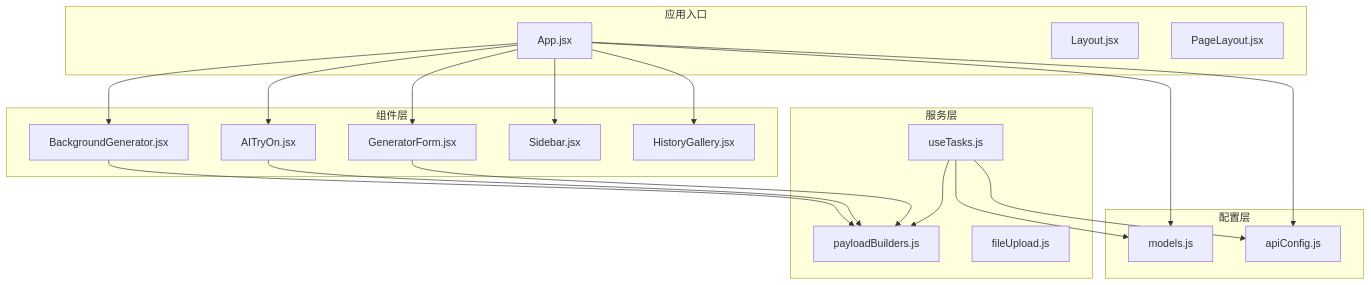
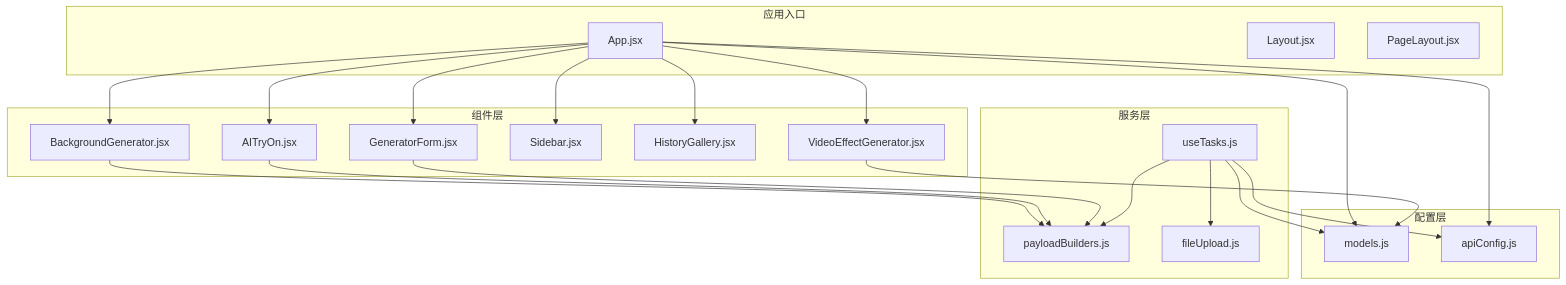
One commit to alex0001yyy/wan-app changed the first of 6 diagrams in .qoder/repowiki/zh/content/配置系统/模型配置/图像生成与编辑模型配置/特效类模型.md. Above: the diagram before and after it, drawn with Mermaid. The commit also changed other lines of this file and 35 other files, not shown here.

````diff
--- a/.qoder/repowiki/zh/content/配置系统/模型配置/图像生成与编辑模型配置/特效类模型.md
+++ b/.qoder/repowiki/zh/content/配置系统/模型配置/图像生成与编辑模型配置/特效类模型.md
@@ -40,37 +42,41 @@
 ```mermaid
 graph TB
 subgraph "应用入口"
 App[App.jsx]
 Layout[Layout.jsx]
 PageLayout[PageLayout.jsx]
 end
 subgraph "配置层"
 models[models.js]
 apiConfig[apiConfig.js]
 end
 subgraph "服务层"
 payloadBuilders[payloadBuilders.js]
 useTasks[useTasks.js]
 fileUpload[fileUpload.js]
 end
 subgraph "组件层"
 BGGen[BackgroundGenerator.jsx]
 AITryOn[AITryOn.jsx]
 GeneratorForm[GeneratorForm.jsx]
 Sidebar[Sidebar.jsx]
 HistoryGallery[HistoryGallery.jsx]
+VideoEffect[VideoEffectGenerator.jsx]
 end
 App --> BGGen
 App --> AITryOn
 App --> GeneratorForm
 App --> Sidebar
 App --> HistoryGallery
+App --> VideoEffect
 App --> models
 App --> apiConfig
 BGGen --> payloadBuilders
 AITryOn --> payloadBuilders
 GeneratorForm --> payloadBuilders
+VideoEffect --> models
 useTasks --> payloadBuilders
 useTasks --> models
 useTasks --> apiConfig
+useTasks --> fileUpload
 ```
````
